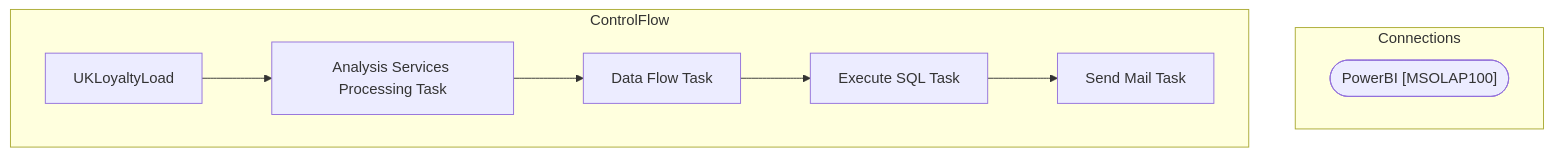
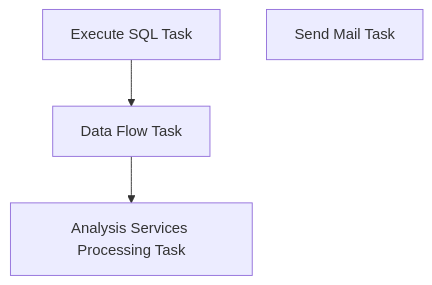
One commit to juanandresbrain/BABSkills changed the diagram in bab-docs-explorer/Documentation/STL-SSIS-P-01/SSIS/SSIS/PowerBILoad.UKLoyaltyLoad.md. Above: the diagram before and after it, drawn with Mermaid. The commit also changed other lines of this file and 273 other files, not shown here.

````diff
--- a/bab-docs-explorer/Documentation/STL-SSIS-P-01/SSIS/SSIS/PowerBILoad.UKLoyaltyLoad.md
+++ b/bab-docs-explorer/Documentation/STL-SSIS-P-01/SSIS/SSIS/PowerBILoad.UKLoyaltyLoad.md
@@ -9,17 +34,9 @@
 ```mermaid
 flowchart TD
-    subgraph Connections
-        PowerBI_conn(["PowerBI [MSOLAP100]"])
-    end
-    subgraph ControlFlow
-        UKLoyaltyLoad_task["UKLoyaltyLoad"]
-        Analysis_Services_Processing_Task_task["Analysis Services Processing Task"]
-        UKLoyaltyLoad_task --> Analysis_Services_Processing_Task_task
-        Data_Flow_Task_task["Data Flow Task"]
-        Analysis_Services_Processing_Task_task --> Data_Flow_Task_task
-        Execute_SQL_Task_task["Execute SQL Task"]
-        Data_Flow_Task_task --> Execute_SQL_Task_task
-        Send_Mail_Task_task["Send Mail Task"]
-        Execute_SQL_Task_task --> Send_Mail_Task_task
-    end
+    n_Package_Analysis_Services_Processing_Task["Analysis Services Processing Task"]
+    n_Package_Data_Flow_Task["Data Flow Task"]
+    n_Package_Execute_SQL_Task["Execute SQL Task"]
+    n_Package_EventHandlers_OnError__Send_Mail_Task["Send Mail Task"]
+    n_Package_Execute_SQL_Task --> n_Package_Data_Flow_Task
+    n_Package_Data_Flow_Task --> n_Package_Analysis_Services_Processing_Task
 ```
````
